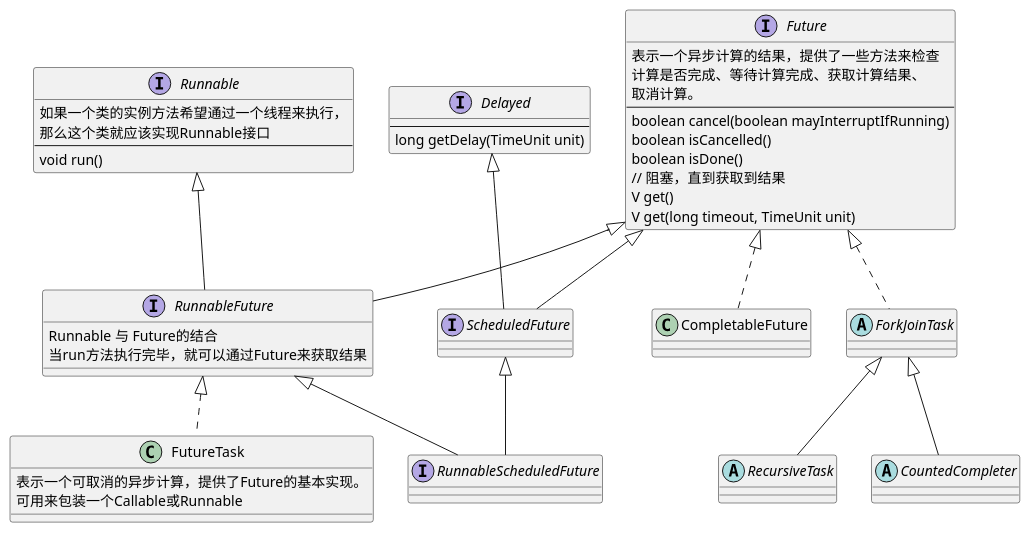
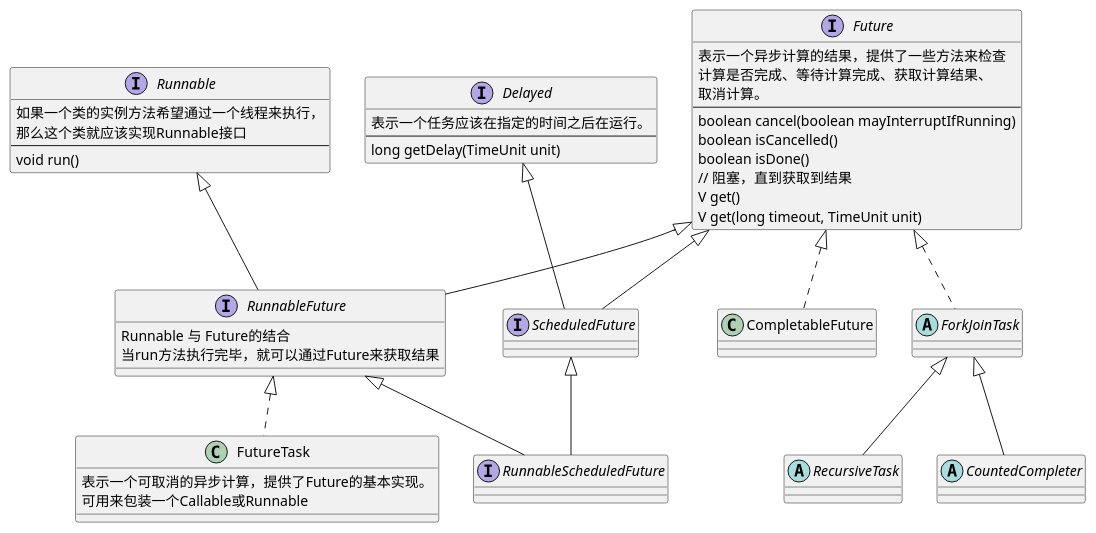
Before and after one commit to zouxiang1993/learning: the diagram in javase/juc/notes/Future继承结构.puml, drawn with PlantUML. The commit also changed 2 other files, not shown here.

```diff
--- a/javase/juc/notes/Future继承结构.puml
+++ b/javase/juc/notes/Future继承结构.puml
@@ -1,49 +1,50 @@
 @startuml
 
 interface Future {
     表示一个异步计算的结果，提供了一些方法来检查
     计算是否完成、等待计算完成、获取计算结果、
     取消计算。
     ---
     boolean cancel(boolean mayInterruptIfRunning)
     boolean isCancelled()
     boolean isDone()
     // 阻塞，直到获取到结果
     V get()
     V get(long timeout, TimeUnit unit)
 }
 
 interface Runnable {
     如果一个类的实例方法希望通过一个线程来执行，
     那么这个类就应该实现Runnable接口
     ---
     void run()
 }
 
 interface RunnableFuture extends Runnable, Future {
     Runnable 与 Future的结合
     当run方法执行完毕，就可以通过Future来获取结果
 }
 
 interface Delayed {
+    表示一个任务应该在指定的时间之后在运行。
     ---
     long getDelay(TimeUnit unit)
 }
 
 interface ScheduledFuture extends Delayed, Future
 
 interface RunnableScheduledFuture extends RunnableFuture, ScheduledFuture
 
 class FutureTask implements RunnableFuture {
     表示一个可取消的异步计算，提供了Future的基本实现。
     可用来包装一个Callable或Runnable
 }
 
 class CompletableFuture implements Future
 
 abstract class ForkJoinTask implements Future
 
 abstract class RecursiveTask extends ForkJoinTask
 
 abstract class CountedCompleter extends ForkJoinTask
 @enduml
```
